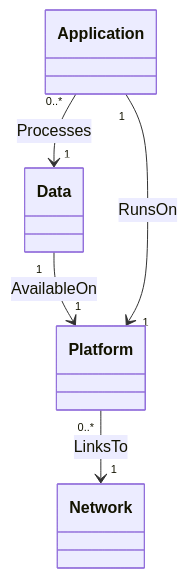
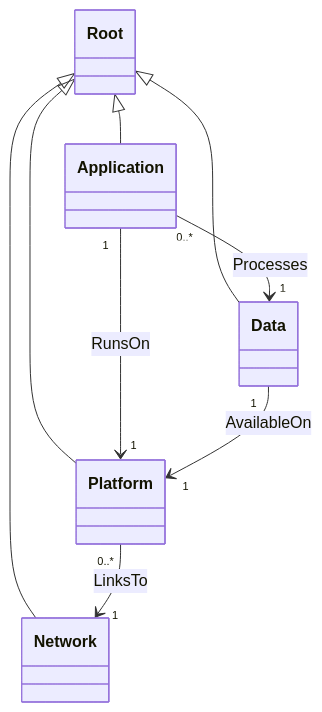
Before and after one commit to oasis-open/tosca-community-contributions: the diagram in profiles/community/tosca/base/README.md, drawn with Mermaid. The commit also changed other lines of this file and 3 other files, not shown here.

````diff
--- a/profiles/community/tosca/base/README.md
+++ b/profiles/community/tosca/base/README.md
@@ -13,11 +13,11 @@
 ```mermaid
 classDiagram
-    class Platform
-    class Application
-    class Data
-    class Network
+    Root <|-- Data
+    Root <|-- Application
+    Root <|-- Network
+    Root <|-- Platform
+    Application "0..*" --> "1" Data:Processes
+    Application "1" --> "1" Platform:RunsOn
     Platform "0..*" --> "1" Network:LinksTo
     Data "1" --> "1" Platform:AvailableOn
-    Application "1" --> "1" Platform:RunsOn
-    Application "0..*" --> "1" Data:Processes
 ```
````
